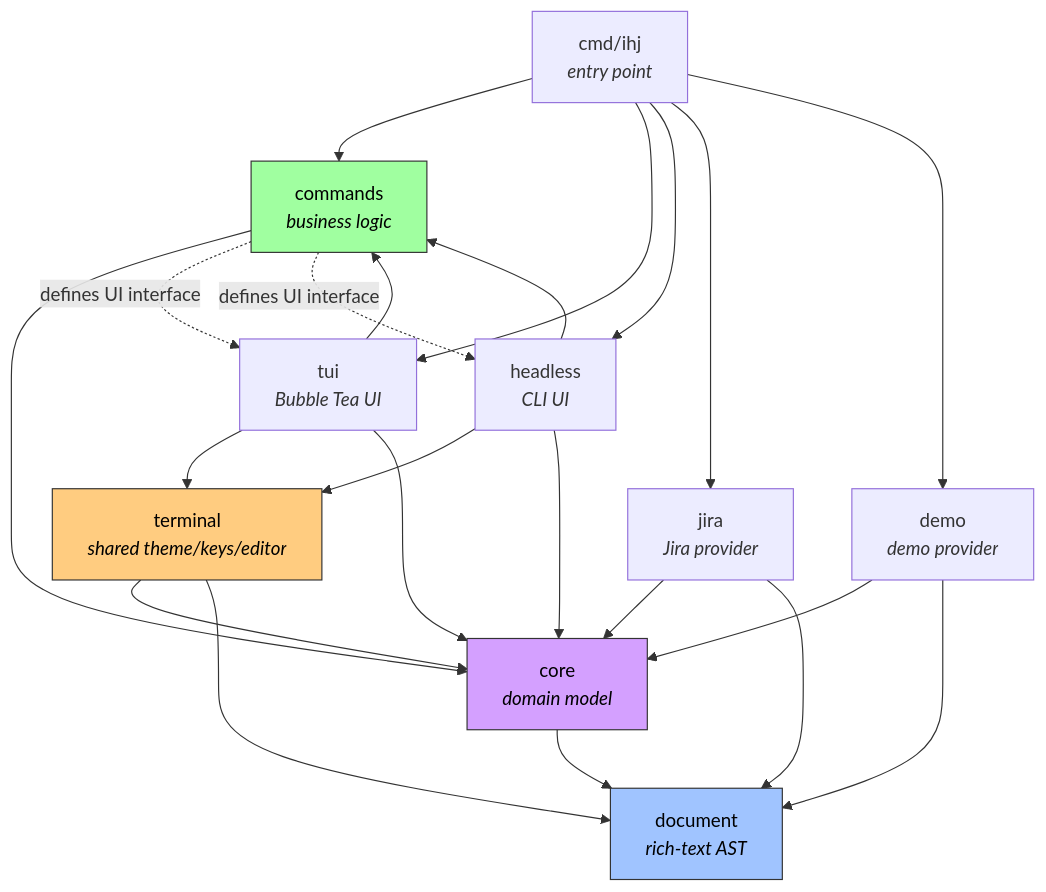
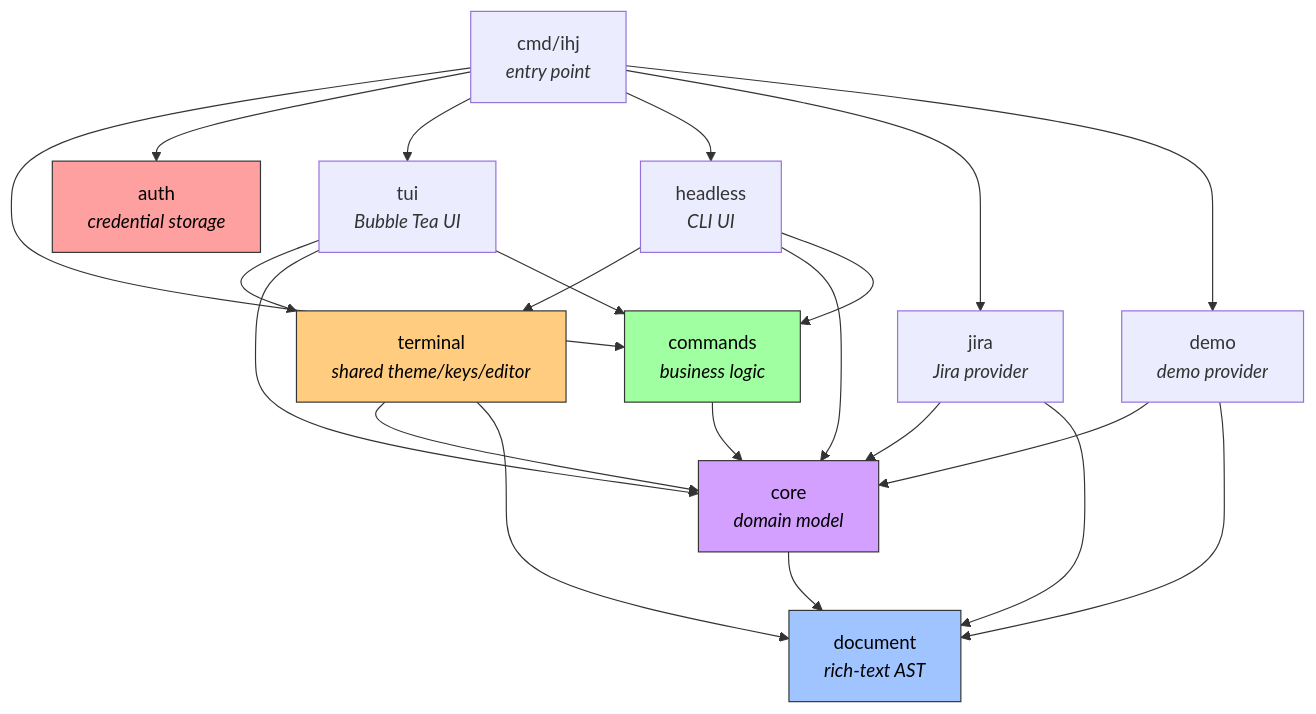
Before and after one commit to mikecsmith/ihj: the diagram in ARCHITECTURE.md, drawn with Mermaid. The commit also changed other lines of this file and 2 other files, not shown here.

First line of the commit message:
docs: update README, ARCHITECTURE, and CONTRIBUTING for auth changes

````diff
--- a/ARCHITECTURE.md
+++ b/ARCHITECTURE.md
@@ -84,36 +89,36 @@
 ```mermaid
 graph TD
     CMD["cmd/ihj<br/><i>entry point</i>"] --> COMMANDS["commands<br/><i>business logic</i>"]
+    CMD --> AUTH["auth<br/><i>credential storage</i>"]
     CMD --> TUI["tui<br/><i>Bubble Tea UI</i>"]
     CMD --> HEADLESS["headless<br/><i>CLI UI</i>"]
     CMD --> JIRA["jira<br/><i>Jira provider</i>"]
     CMD --> DEMO["demo<br/><i>demo provider</i>"]
 
     COMMANDS --> CORE["core<br/><i>domain model</i>"]
-    COMMANDS -.->|"defines UI interface"| TUI
-    COMMANDS -.->|"defines UI interface"| HEADLESS
 
     TUI --> TERMINAL["terminal<br/><i>shared theme/keys/editor</i>"]
     TUI --> CORE
     TUI --> COMMANDS
 
     HEADLESS --> TERMINAL
     HEADLESS --> CORE
     HEADLESS --> COMMANDS
 
     TERMINAL --> CORE
     TERMINAL --> DOCUMENT["document<br/><i>rich-text AST</i>"]
 
     JIRA --> CORE
     JIRA --> DOCUMENT
 
     DEMO --> CORE
     DEMO --> DOCUMENT
 
     CORE --> DOCUMENT
 
     style CORE fill:#d4a0ff,stroke:#333,color:#000
     style DOCUMENT fill:#a0c4ff,stroke:#333,color:#000
     style COMMANDS fill:#a0ffa0,stroke:#333,color:#000
     style TERMINAL fill:#ffcc80,stroke:#333,color:#000
+    style AUTH fill:#ffa0a0,stroke:#333,color:#000
 ```
````
